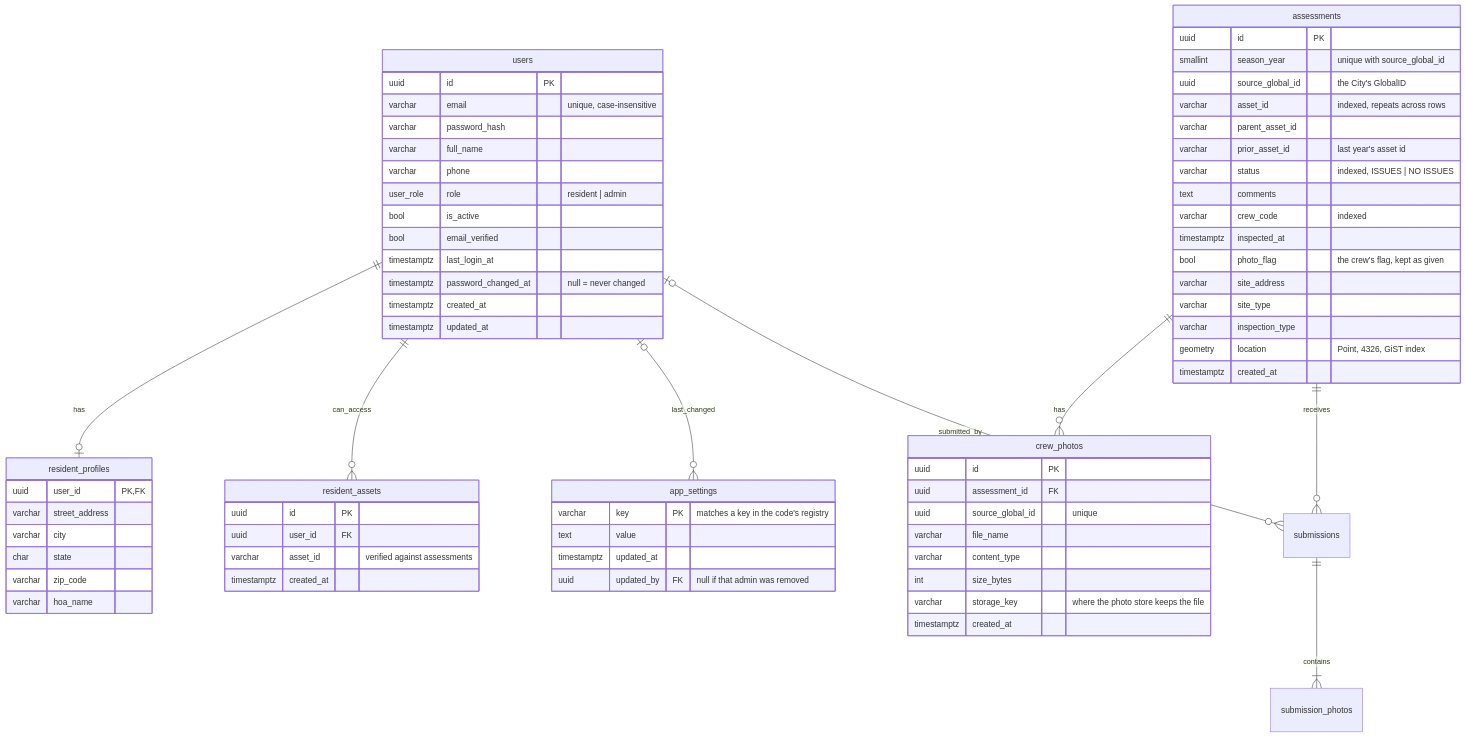
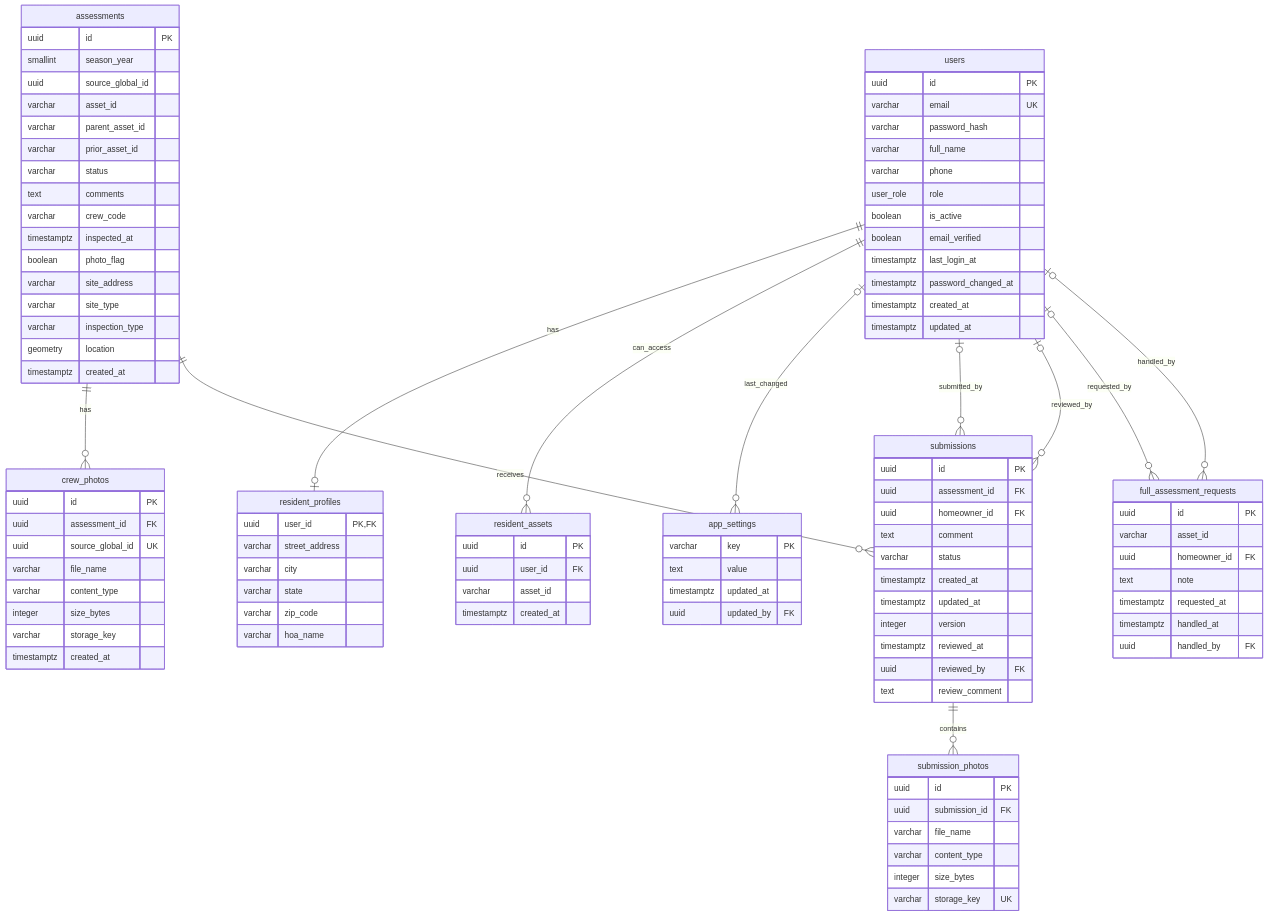
Before and after one commit to fliu-sfd/Fire_Haz_Veg_Portal: the diagram in docs/database.md, drawn with Mermaid. The commit also changed other lines of this file, not shown here.

````diff
--- a/docs/database.md
+++ b/docs/database.md
@@ -33,19 +108,22 @@
     assessments ||--o{ crew_photos : has
     assessments ||--o{ submissions : receives
     users |o--o{ submissions : submitted_by
-    submissions ||--|{ submission_photos : contains
+    users |o--o{ submissions : reviewed_by
+    submissions ||--o{ submission_photos : contains
+    users |o--o{ full_assessment_requests : requested_by
+    users |o--o{ full_assessment_requests : handled_by
 
     users {
         uuid id PK
-        varchar email "unique, case-insensitive"
+        varchar email UK
         varchar password_hash
         varchar full_name
         varchar phone
-        user_role role "resident | admin"
-        bool is_active
-        bool email_verified
+        user_role role
+        boolean is_active
+        boolean email_verified
         timestamptz last_login_at
-        timestamptz password_changed_at "null = never changed"
+        timestamptz password_changed_at
         timestamptz created_at
         timestamptz updated_at
     }
@@ -53,48 +131,78 @@
         uuid user_id PK, FK
         varchar street_address
         varchar city
-        char state
+        varchar state
         varchar zip_code
         varchar hoa_name
     }
     resident_assets {
         uuid id PK
         uuid user_id FK
-        varchar asset_id "verified against assessments"
+        varchar asset_id
         timestamptz created_at
     }
     assessments {
         uuid id PK
-        smallint season_year "unique with source_global_id"
-        uuid source_global_id "the City's GlobalID"
-        varchar asset_id "indexed, repeats across rows"
+        smallint season_year
+        uuid source_global_id
+        varchar asset_id
         varchar parent_asset_id
-        varchar prior_asset_id "last year's asset id"
-        varchar status "indexed, ISSUES | NO ISSUES"
+        varchar prior_asset_id
+        varchar status
         text comments
-        varchar crew_code "indexed"
+        varchar crew_code
         timestamptz inspected_at
-        bool photo_flag "the crew's flag, kept as given"
+        boolean photo_flag
         varchar site_address
         varchar site_type
         varchar inspection_type
-        geometry location "Point, 4326, GiST index"
+        geometry location
         timestamptz created_at
     }
     crew_photos {
         uuid id PK
         uuid assessment_id FK
-        uuid source_global_id "unique"
+        uuid source_global_id UK
         varchar file_name
         varchar content_type
-        int size_bytes
-        varchar storage_key "where the photo store keeps the file"
+        integer size_bytes
+        varchar storage_key
         timestamptz created_at
     }
     app_settings {
-        varchar key PK "matches a key in the code's registry"
+        varchar key PK
         text value
         timestamptz updated_at
-        uuid updated_by FK "null if that admin was removed"
+        uuid updated_by FK
+    }
+    submissions {
+        uuid id PK
+        uuid assessment_id FK
+        uuid homeowner_id FK
+        text comment
+        varchar status
+        timestamptz created_at
+        timestamptz updated_at
+        integer version
+        timestamptz reviewed_at
+        uuid reviewed_by FK
+        text review_comment
+    }
+    submission_photos {
+        uuid id PK
+        uuid submission_id FK
+        varchar file_name
+        varchar content_type
+        integer size_bytes
+        varchar storage_key UK
+    }
+    full_assessment_requests {
+        uuid id PK
+        varchar asset_id
+        uuid homeowner_id FK
+        text note
+        timestamptz requested_at
+        timestamptz handled_at
+        uuid handled_by FK
     }
 ```
````
